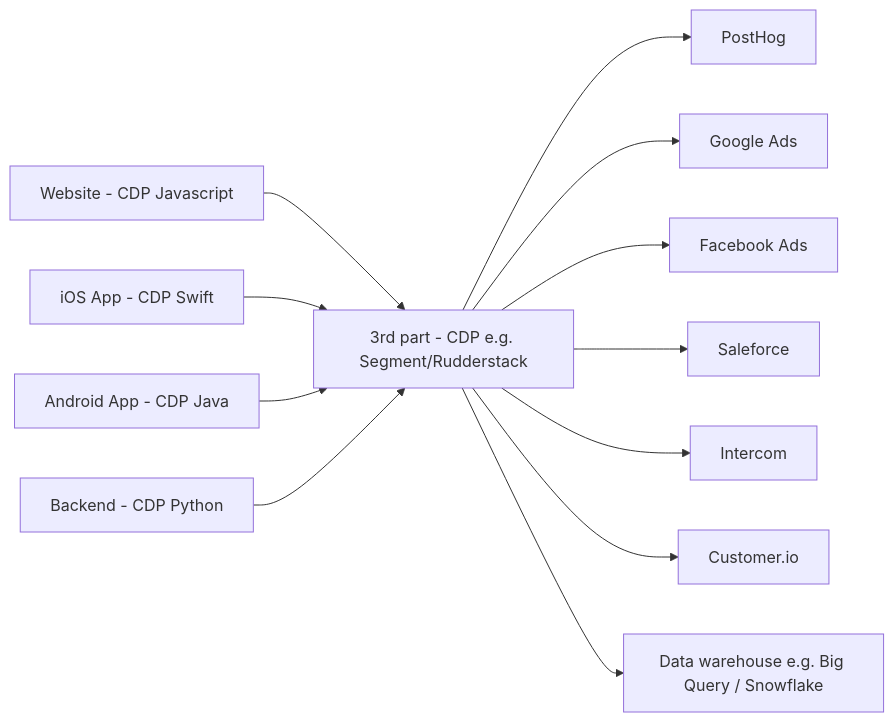
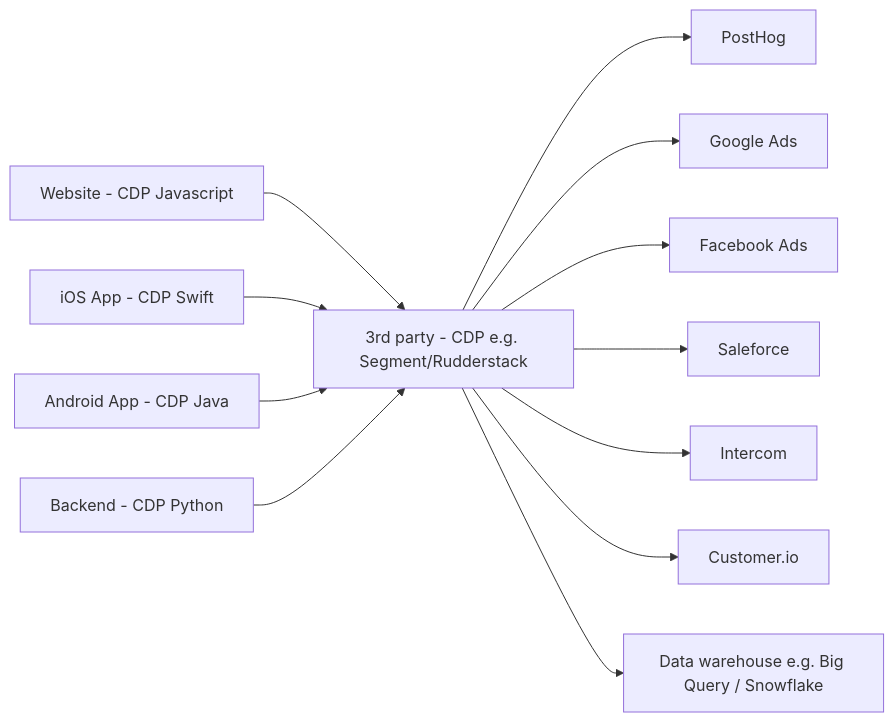
Before and after one commit to PostHog/posthog.com: the third of 5 diagrams in contents/docs/integrate/cdp.md, drawn with Mermaid.

````diff
--- a/contents/docs/integrate/cdp.md
+++ b/contents/docs/integrate/cdp.md
@@ -68,14 +68,14 @@
 ```mermaid
 graph LR
 A[Website - CDP Javascript] --> G
 C[iOS App - CDP Swift] --> G
 D[Android App - CDP Java] --> G
 E[Backend - CDP Python] --> G
-G[3rd part - CDP e.g. Segment/Rudderstack] --> B[PostHog]
+G[3rd party - CDP e.g. Segment/Rudderstack] --> B[PostHog]
 G --> N[Google Ads]
 G --> O[Facebook Ads]
 G --> H[Saleforce]
 G --> I[Intercom]
 G --> K[Customer.io]
 G --> F[Data warehouse e.g. Big Query / Snowflake]
 ```
````
